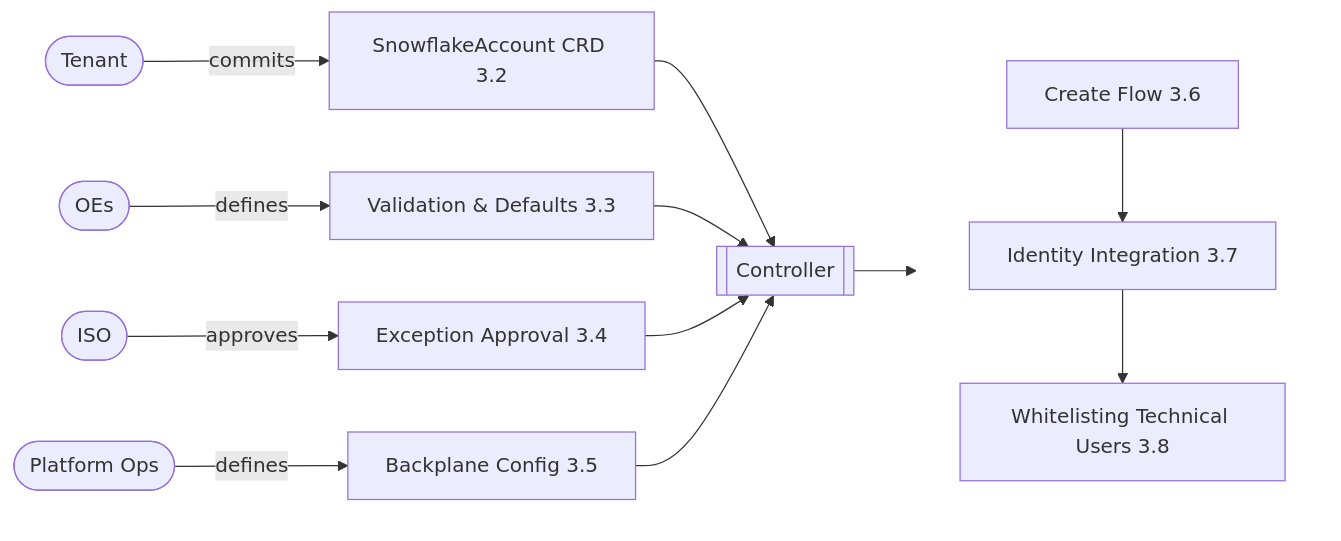
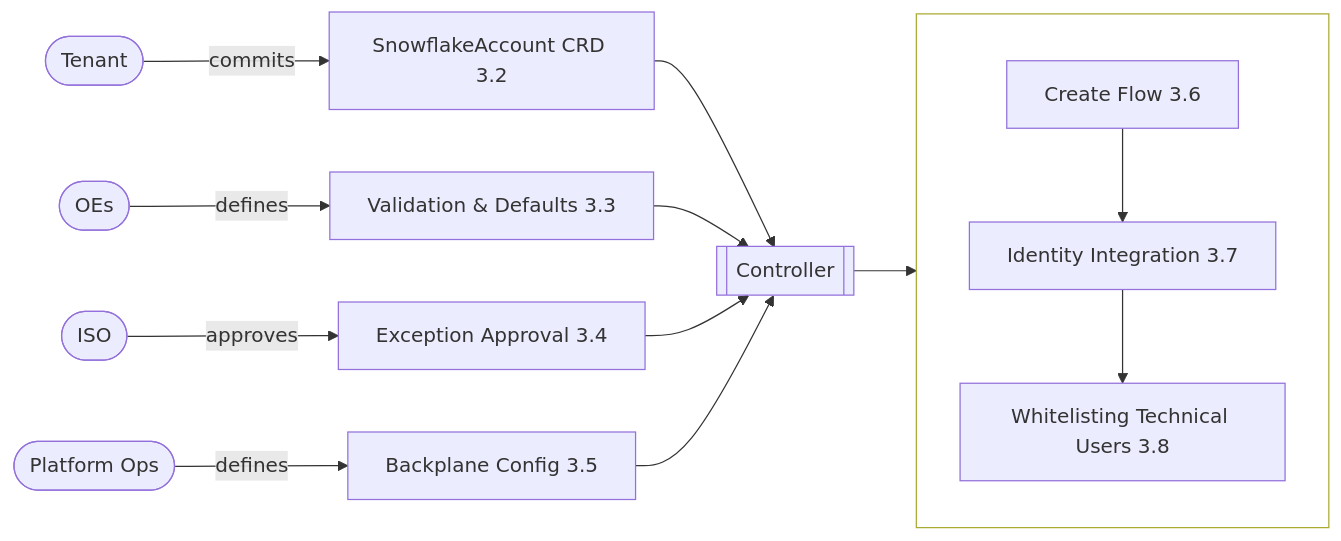
The diagram in specs/design.md (allianz/yukimi), drawn with Mermaid before and after one commit.

Commit message:
added mermaid

````diff
--- a/specs/design.md
+++ b/specs/design.md
@@ -112,22 +112,22 @@
 ```mermaid
 flowchart LR
     Tenant([Tenant]) -->|commits| CRD[SnowflakeAccount CRD 3.2]
     OEs([OEs]) -->|defines| ValidationRules[Validation & Defaults 3.3]
     ISO([ISO]) -->|approves| Exceptions[Exception Approval 3.4]
     Ops([Platform Ops]) -->|defines| BackplaneConfig[Backplane Config 3.5]
 
     CRD --> Controller[[Controller]]
     ValidationRules --> Controller
     Exceptions --> Controller
     BackplaneConfig --> Controller
 
     Controller --> CreateFlow
 
     subgraph createFlowGroup [" "]
         direction TB
         CreateFlow[Create Flow 3.6] --> IdentityIntegration[Identity Integration 3.7]
         IdentityIntegration --> Whitelisting[Whitelisting Technical Users 3.8]
     end
 
-    style createFlowGroup fill:transparent,stroke:transparent
+    style createFlowGroup fill:transparent
 ```
````
